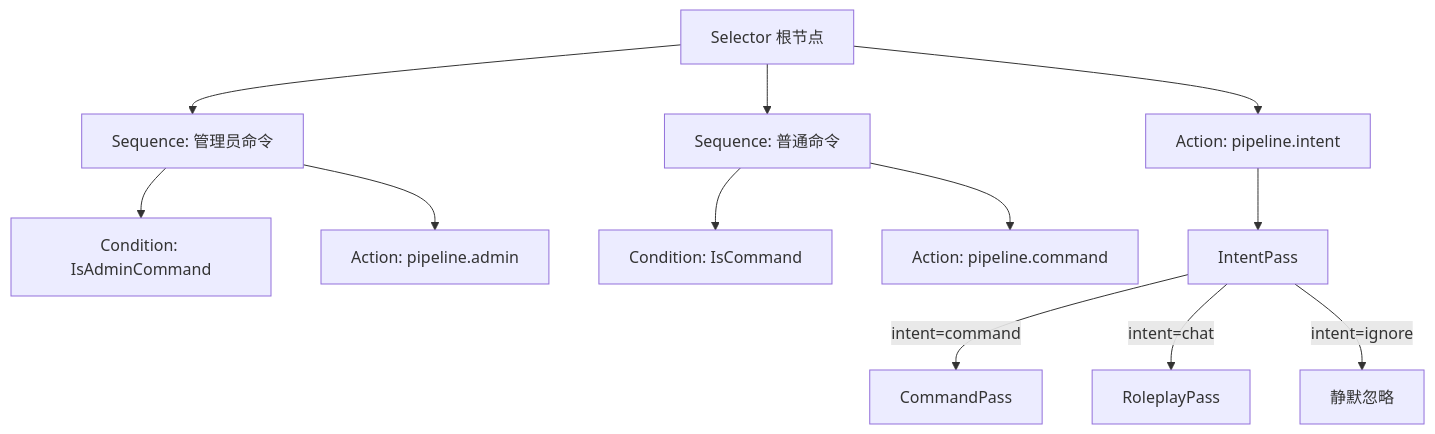
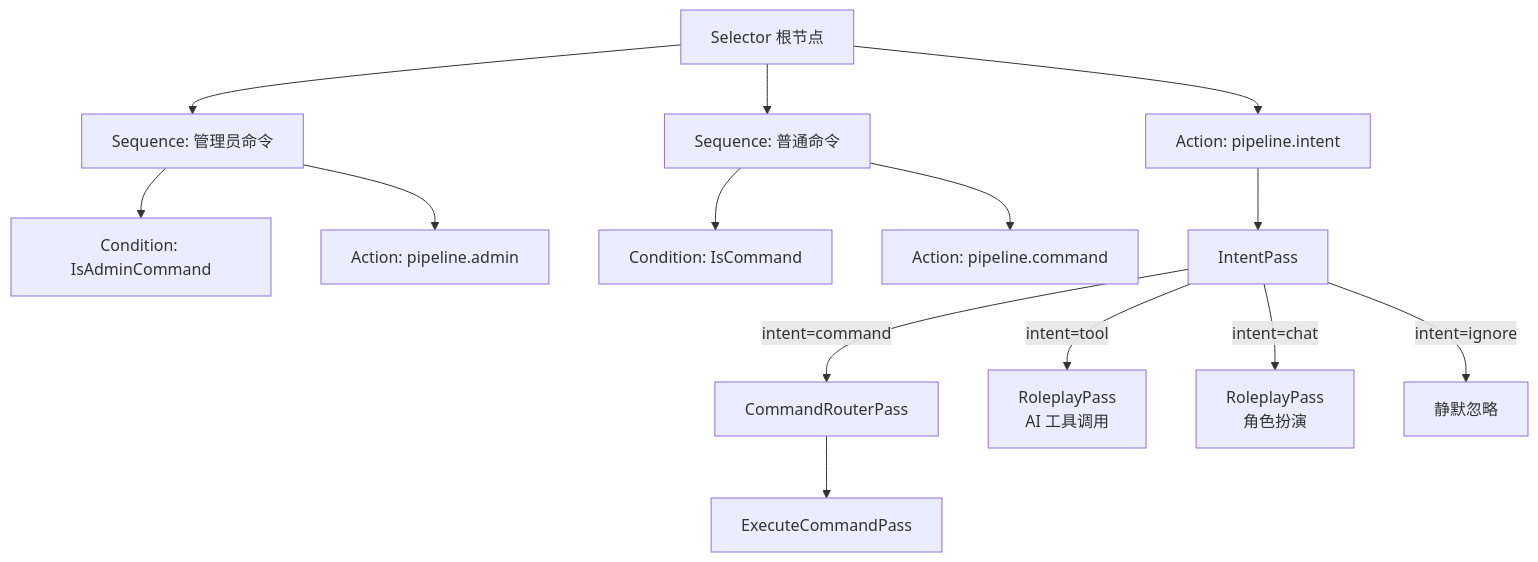
One commit to Airiseina/lanmei-dream changed the third of 8 diagrams in docs/architecture.md. Above: the diagram before and after it, drawn with Mermaid. The commit also changed other lines of this file and 45 other files, not shown here.

````diff
--- a/docs/architecture.md
+++ b/docs/architecture.md
@@ -144,18 +202,20 @@
 ```mermaid
 graph TD
     Root[Selector 根节点]
     Root --> S1[Sequence: 管理员命令]
     Root --> S2[Sequence: 普通命令]
     Root --> A1[Action: pipeline.intent]
 
     S1 --> C1[Condition: IsAdminCommand]
     S1 --> A2[Action: pipeline.admin]
 
     S2 --> C2[Condition: IsCommand]
     S2 --> A3[Action: pipeline.command]
 
     A1 --> IP[IntentPass]
-    IP -->|intent=command| CMD[CommandPass]
-    IP -->|intent=chat| RP[RoleplayPass]
+    IP -->|intent=command| CR[CommandRouterPass]
+    CR --> EC[ExecuteCommandPass]
+    IP -->|intent=tool| RP[RoleplayPass<br/>AI 工具调用]
+    IP -->|intent=chat| RP2[RoleplayPass<br/>角色扮演]
     IP -->|intent=ignore| SKIP[静默忽略]
 ```
````
